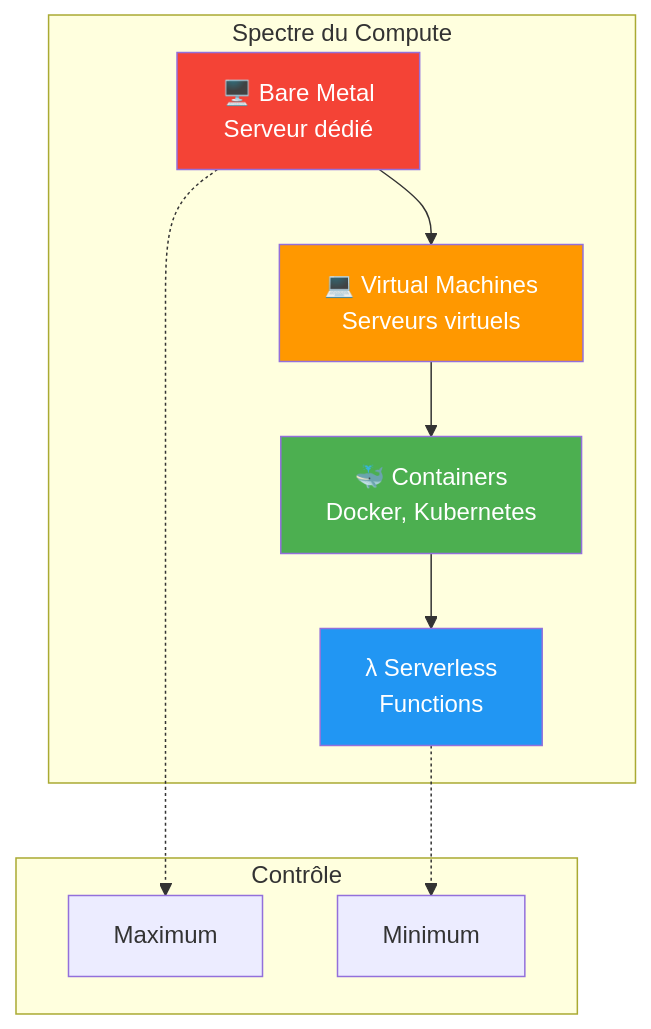
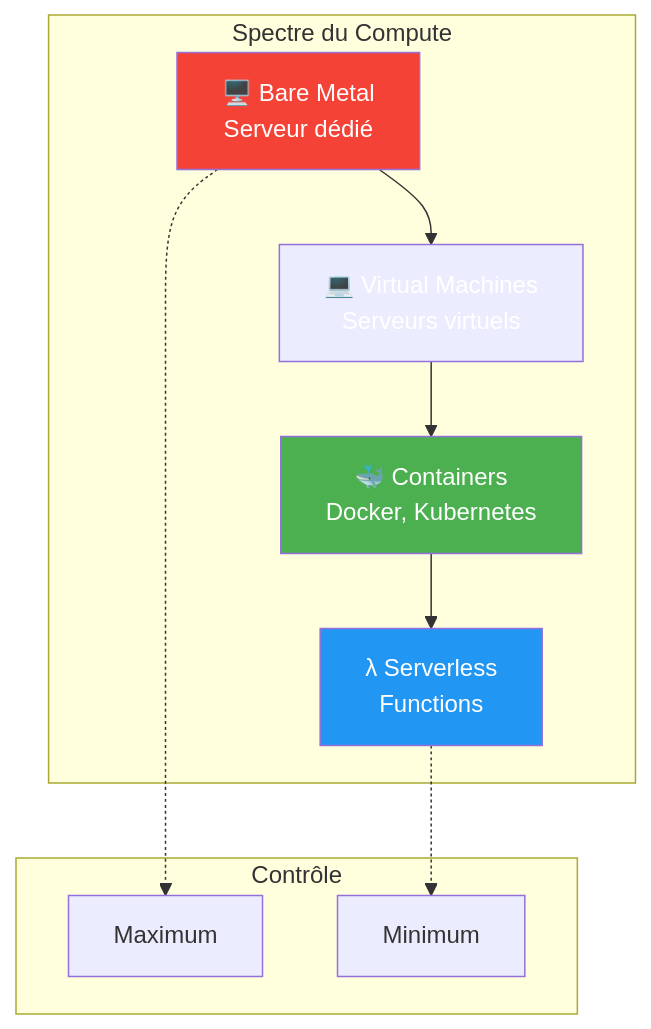
The third of 9 diagrams in docs/formations/cloud-fundamentals/03-module.md (VBlackJack/ShellBook), drawn with Mermaid before and after one commit. The commit also changed other lines of this file and 337 other files, not shown here.

First line of the commit message:
refactor(docs): Standardize code blocks and Mermaid colors

````diff
--- a/docs/formations/cloud-fundamentals/03-module.md
+++ b/docs/formations/cloud-fundamentals/03-module.md
@@ -116,24 +116,24 @@
 ```mermaid
 graph TB
     subgraph "Spectre du Compute"
         BARE["🖥️ Bare Metal<br/>Serveur dédié"]
         VM["💻 Virtual Machines<br/>Serveurs virtuels"]
         CONTAINER["🐳 Containers<br/>Docker, Kubernetes"]
         SERVERLESS["λ Serverless<br/>Functions"]
     end
 
     BARE --> VM --> CONTAINER --> SERVERLESS
 
     subgraph "Contrôle"
         HIGH["Maximum"]
         LOW["Minimum"]
     end
 
     BARE -.-> HIGH
     SERVERLESS -.-> LOW
 
     style BARE fill:#f44336,color:#fff
-    style VM fill:#ff9800,color:#fff
+    style VM fill:#FF9800800800,color:#fff
     style CONTAINER fill:#4caf50,color:#fff
     style SERVERLESS fill:#2196f3,color:#fff
 ```
````
